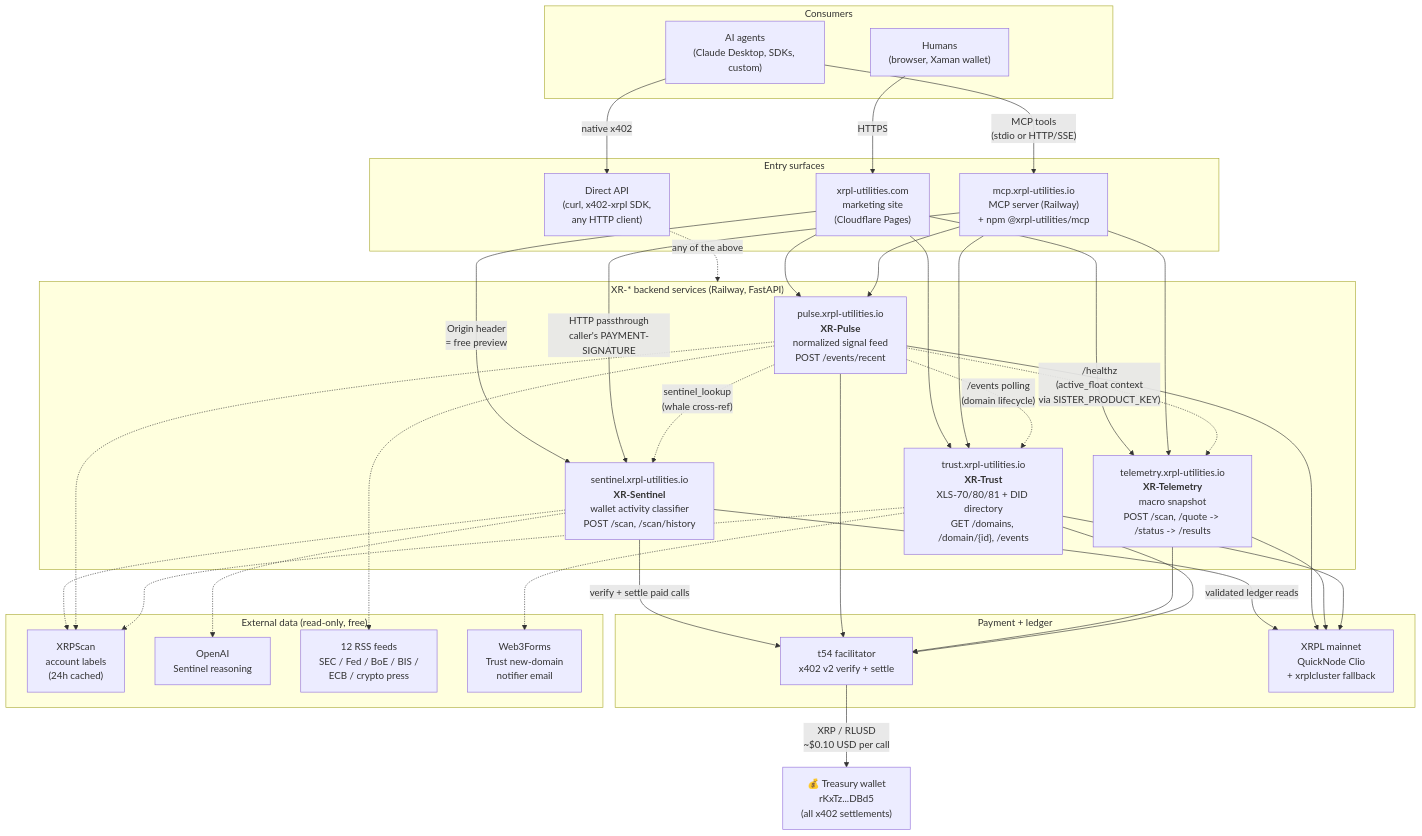
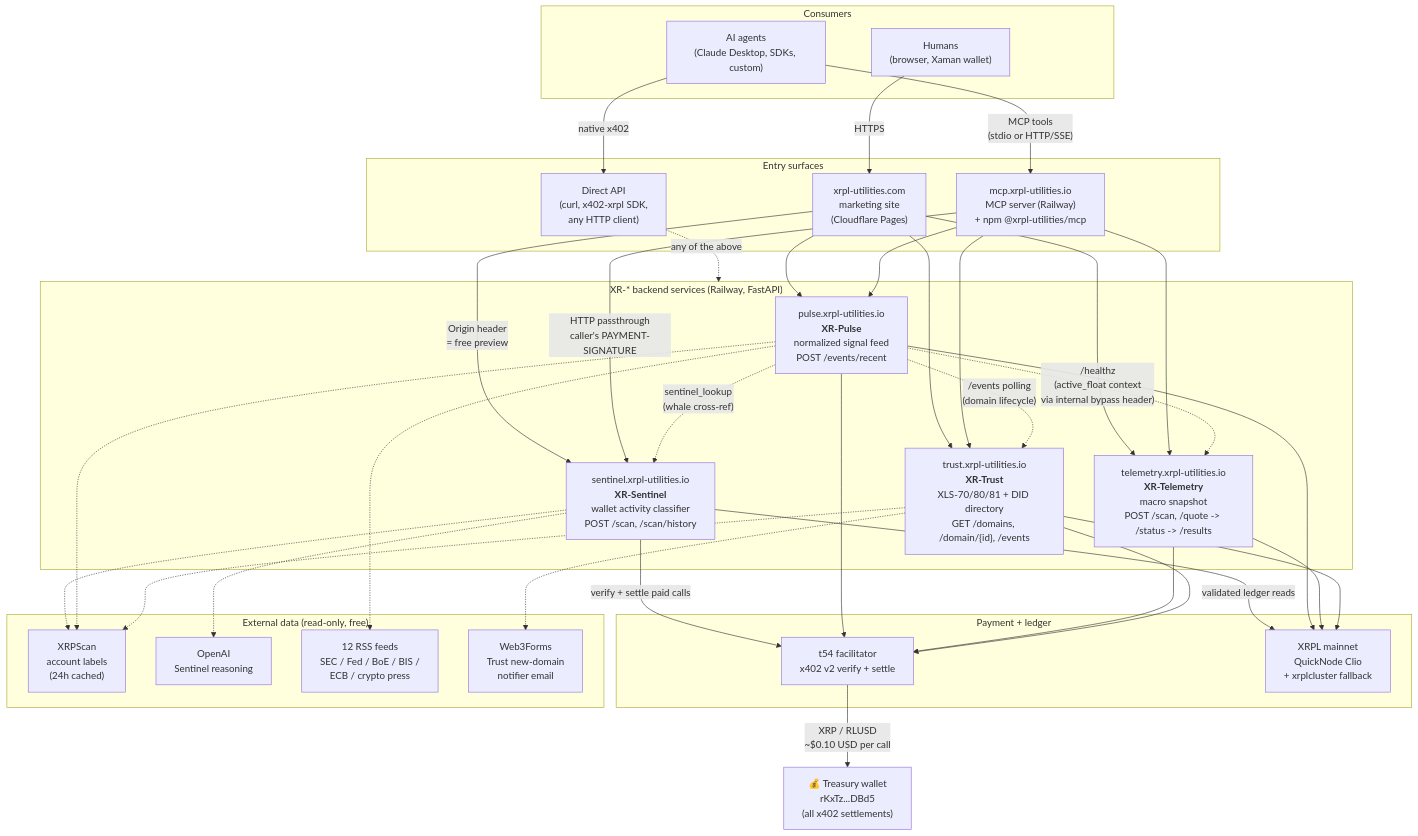
Before and after one commit to XRPL-Utilities/xrpl-utilities-mcp: the diagram in docs/architecture.md, drawn with Mermaid. The commit also changed other lines of this file and 1 other file, not shown here.

```diff
--- a/docs/architecture.md
+++ b/docs/architecture.md
@@ -68,7 +68,7 @@
 
     %% inter-service
     PULSE -.->|"/events polling<br/>(domain lifecycle)"| TRUST
-    PULSE -.->|"/healthz<br/>(active_float context<br/>via SISTER_PRODUCT_KEY)"| TELEMETRY
+    PULSE -.->|"/healthz<br/>(active_float context<br/>via internal bypass header)"| TELEMETRY
     PULSE -.->|"sentinel_lookup<br/>(whale cross-ref)"| SENTINEL
 
     %% backend -> ledger
```
